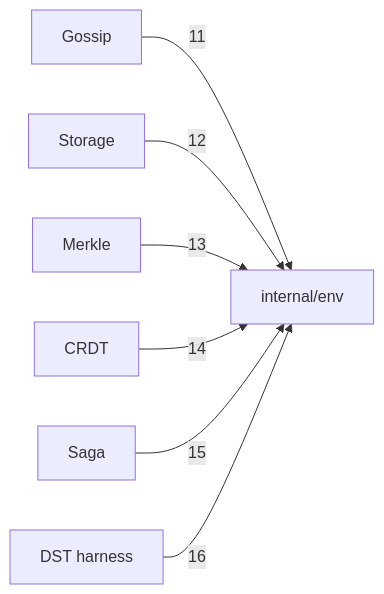
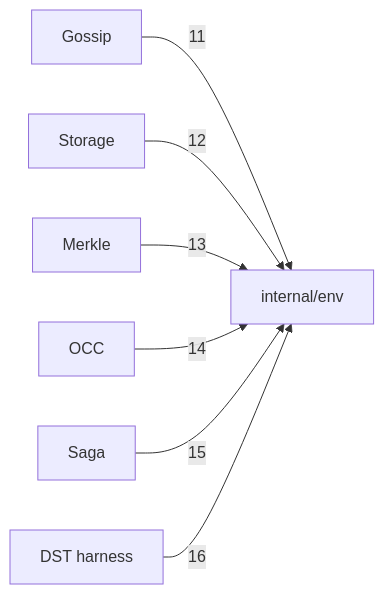
The diagram in docs/c4/diagrams/03-container-runtime-c.mmd (nickstrad/decentralized-object-store), drawn with Mermaid before and after one commit. The commit also changed 26 other files, not shown here.

```diff
--- a/docs/c4/diagrams/03-container-runtime-c.mmd
+++ b/docs/c4/diagrams/03-container-runtime-c.mmd
@@ -1,8 +1,8 @@
 %% draw-visual: -x 4 -y 1 -p 0
 graph LR
   GOSSIP[Gossip] -->|11| ENV[internal/env]
   STORAGE[Storage] -->|12| ENV
   MERKLE[Merkle] -->|13| ENV
-  CRDT[CRDT] -->|14| ENV
+  OCC[OCC] -->|14| ENV
   SAGA[Saga] -->|15| ENV
   DST[DST harness] -->|16| ENV
```
